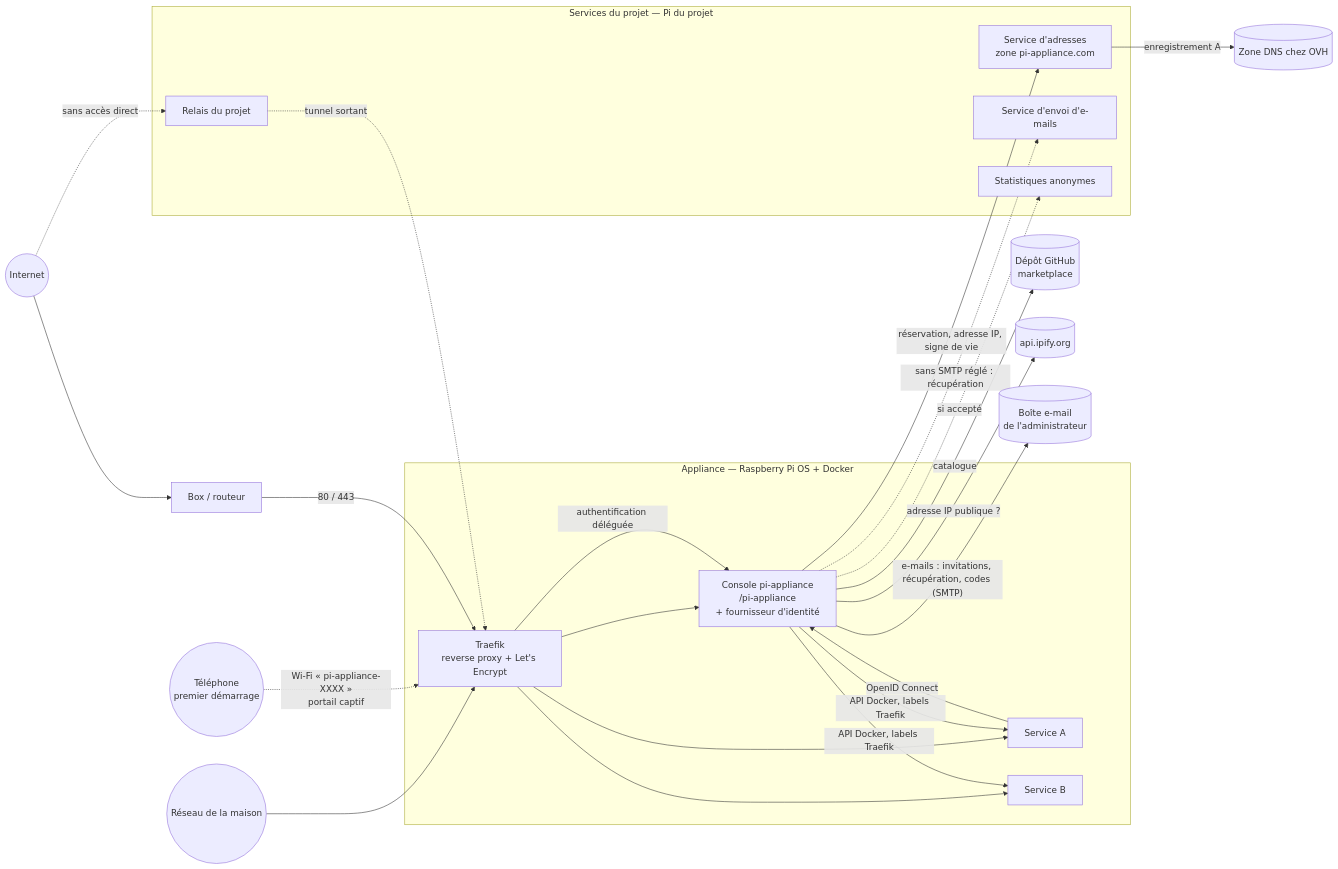
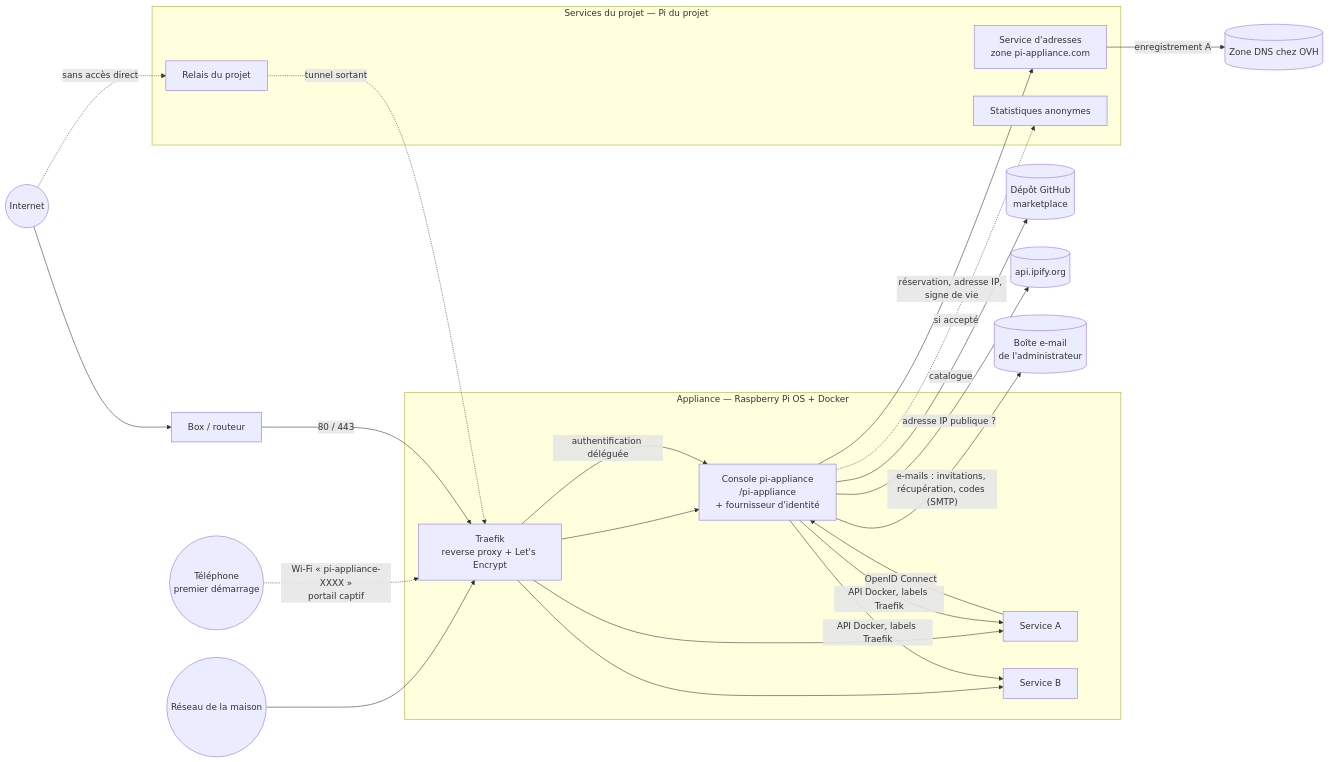
One commit to gmoulard/pi-appliance changed the diagram in docs/specification.md. Above: the diagram before and after it, drawn with Mermaid. The commit also changed other lines of this file and 33 other files, not shown here.

First line of the commit message:
TODO-3.6 : service d'envoi d'e-mails du projet retiré, le SMTP de chaque Pi suffit

````diff
--- a/docs/specification.md
+++ b/docs/specification.md
@@ -728,35 +728,33 @@
 ```mermaid
 flowchart LR
     Internet((Internet)) --> Box[Box / routeur]
     Internet -. "sans accès direct" .-> Relais[Relais du projet]
     Relais -. "tunnel sortant" .-> Traefik
     LAN((Réseau de la maison)) --> Traefik
     Telephone((Téléphone<br/>premier démarrage)) -. "Wi-Fi « pi-appliance-XXXX »<br/>portail captif" .-> Traefik
     Box -- "80 / 443" --> Traefik
     subgraph Pi["Appliance — Raspberry Pi OS + Docker"]
         Traefik[Traefik<br/>reverse proxy + Let's Encrypt]
         Console[Console pi-appliance<br/>/pi-appliance<br/>+ fournisseur d'identité]
         S1[Service A]
         S2[Service B]
         Traefik --> Console
         Traefik --> S1
         Traefik --> S2
         Traefik -- "authentification déléguée" --> Console
         S1 -- "OpenID Connect" --> Console
         Console -- "API Docker, labels Traefik" --> S1
         Console -- "API Docker, labels Traefik" --> S2
     end
     subgraph Projet["Services du projet — Pi du projet"]
         Adresses[Service d'adresses<br/>zone pi-appliance.com]
         Relais
-        Mail[Service d'envoi d'e-mails]
         Stats[Statistiques anonymes]
     end
     Console -- "catalogue" --> Catalogue[(Dépôt GitHub<br/>marketplace)]
     Console -- "adresse IP publique ?" --> IPify[(api.ipify.org)]
     Console -- "réservation, adresse IP, signe de vie" --> Adresses
     Console -- "e-mails : invitations, récupération, codes (SMTP)" --> Boite[(Boîte e-mail<br/>de l'administrateur)]
-    Console -. "sans SMTP réglé : récupération" .-> Mail
     Console -. "si accepté" .-> Stats
     Adresses -- "enregistrement A" --> OVH[(Zone DNS chez OVH)]
 ```
````
